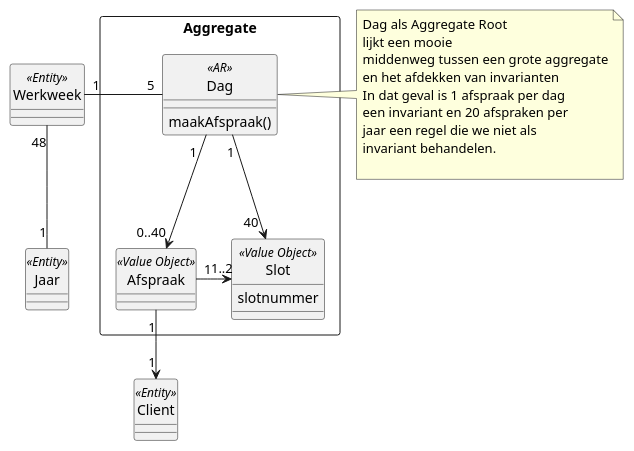
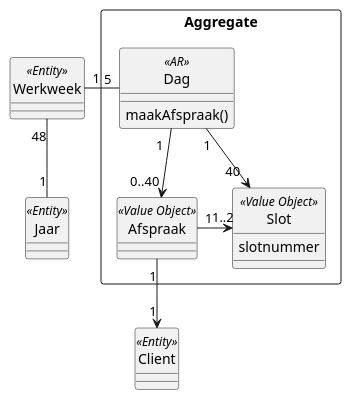
One commit to AIM-ENE/doex-opdracht-3 changed the diagram in oefeningen/les-3/lesprogramma/onderdeel2b/optie1.puml. Above: the diagram before and after it, drawn with PlantUML.

Commit message:
Verwijder notitie in diagram

```diff
--- a/oefeningen/les-3/lesprogramma/onderdeel2b/optie1.puml
+++ b/oefeningen/les-3/lesprogramma/onderdeel2b/optie1.puml
@@ -1,44 +1,32 @@
 @startuml
 
 hide circle
 
 class Client <<Entity>>
 
 class Werkweek <<Entity>>
 
 class Jaar <<Entity>>
 
 rectangle "Aggregate" {
     class Dag <<AR>> {
         maakAfspraak()
     }
 
     class Slot <<Value Object>> {
         slotnummer
     }
 
     class Afspraak <<Value Object>>
 }
 
 Afspraak "1" -r-> "  1..2" Slot
 Dag "1" --> "\t\t40" Slot
 Dag "\t\t\t1" --> "0..40" Afspraak
 
 Werkweek "1" -l- "5" Dag
 Afspraak "1" --> "1" Client
 
 Jaar "1" -u- "48" Werkweek
 
-note left of Dag
-    Dag als Aggregate Root
-    lijkt een mooie
-    middenweg tussen een grote aggregate
-    en het afdekken van invarianten
-    In dat geval is 1 afspraak per dag
-    een invariant en 20 afspraken per
-    jaar een regel die we niet als
-    invariant behandelen.
-
-end note
-
 @enduml
```
